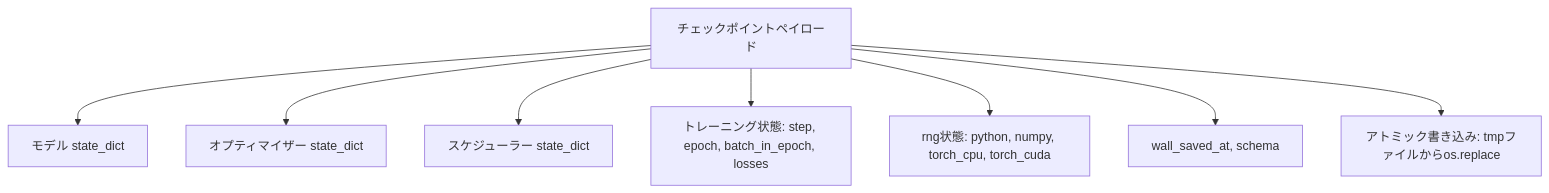
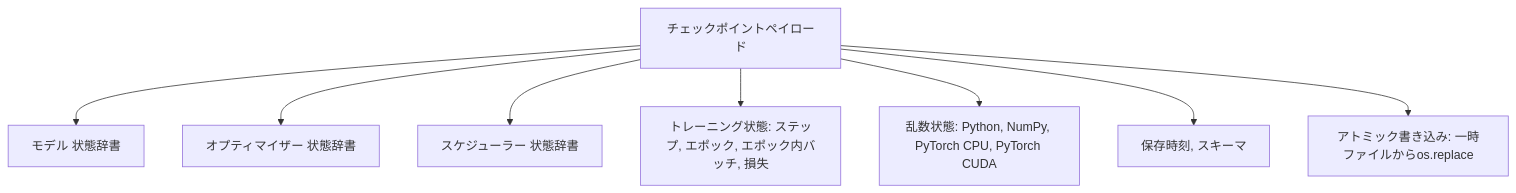
The first of 3 diagrams in content/phases/19-capstone-projects/47-checkpoint-save-resume/lesson.ja.md (shoshoshomen/synapse-academy), drawn with Mermaid before and after one commit. The commit also changed other lines of this file and 124 other files, not shown here.

First line of the commit message:
feat(i18n): mermaid図のラベルを日本語化(194レッスン/374図)

````diff
--- a/content/phases/19-capstone-projects/47-checkpoint-save-resume/lesson.ja.md
+++ b/content/phases/19-capstone-projects/47-checkpoint-save-resume/lesson.ja.md
@@ -23,10 +23,10 @@
 ```mermaid
 flowchart TD
-  ckpt[チェックポイントペイロード] --> m[モデル state_dict]
-  ckpt --> o[オプティマイザー state_dict]
-  ckpt --> s[スケジューラー state_dict]
-  ckpt --> tr[トレーニング状態: step, epoch, batch_in_epoch, losses]
-  ckpt --> rng[rng状態: python, numpy, torch_cpu, torch_cuda]
-  ckpt --> meta[wall_saved_at, schema]
-  ckpt --> write[アトミック書き込み: tmpファイルからos.replace]
+  ckpt["チェックポイントペイロード"] --> m["モデル 状態辞書"]
+  ckpt --> o["オプティマイザー 状態辞書"]
+  ckpt --> s["スケジューラー 状態辞書"]
+  ckpt --> tr["トレーニング状態: ステップ, エポック, エポック内バッチ, 損失"]
+  ckpt --> rng["乱数状態: Python, NumPy, PyTorch CPU, PyTorch CUDA"]
+  ckpt --> meta["保存時刻, スキーマ"]
+  ckpt --> write["アトミック書き込み: 一時ファイルからos.replace"]
 ```
````
